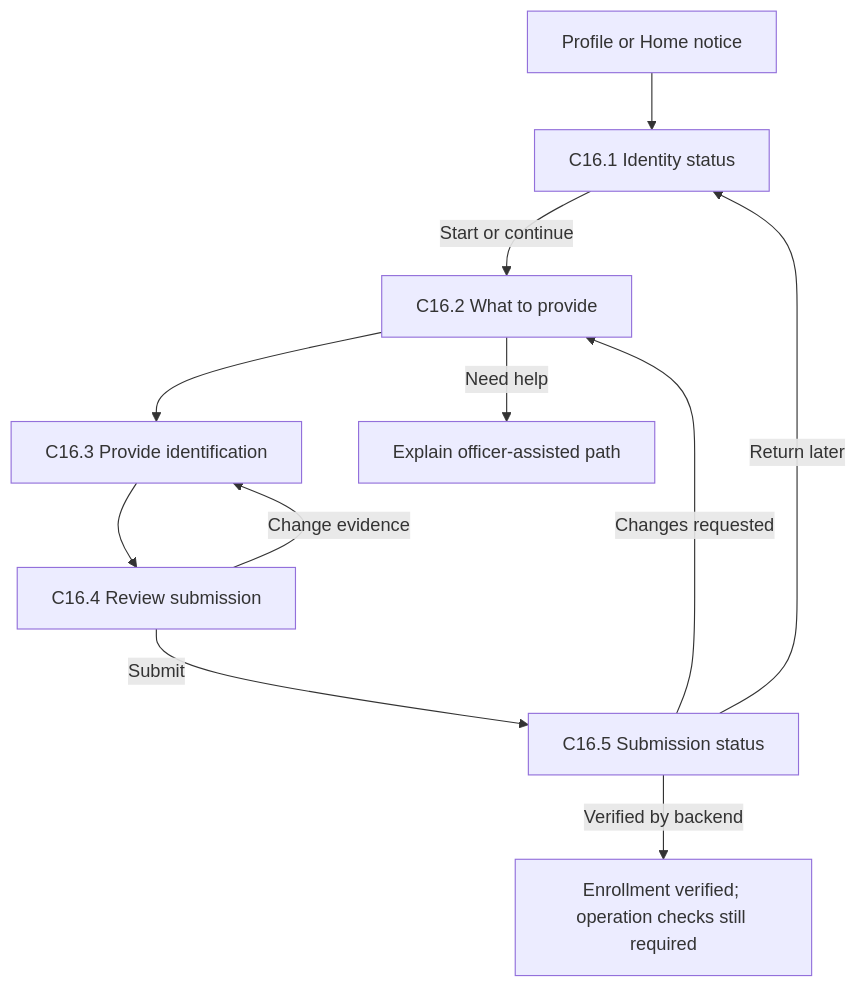
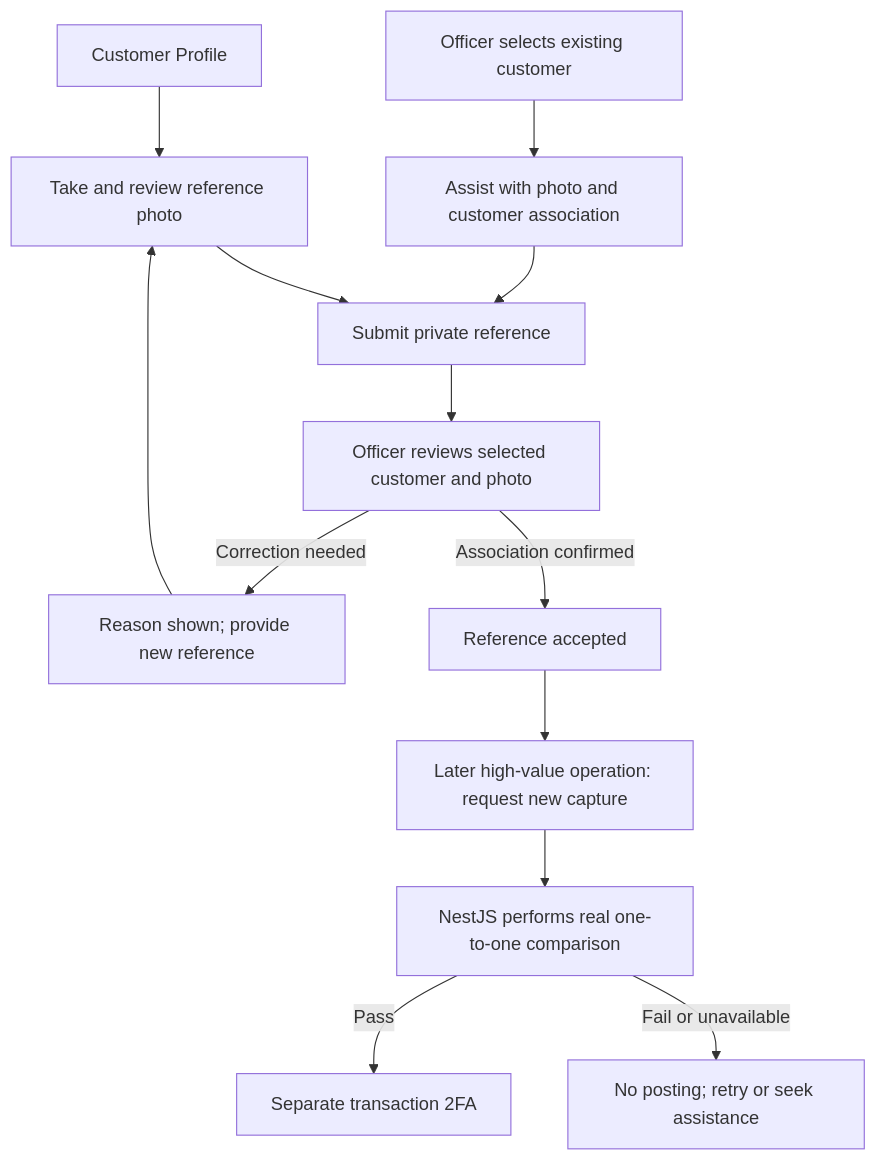
One commit to tamir39/nene changed the first of 2 diagrams in docs/IDENTITY_VERIFICATION.md. Above: the diagram before and after it, drawn with Mermaid. The commit also changed other lines of this file and 7 other files, not shown here.

Commit message:
docs: simplify identity enrollment and defer provider selection

````diff
--- a/docs/IDENTITY_VERIFICATION.md
+++ b/docs/IDENTITY_VERIFICATION.md
@@ -38,13 +28,15 @@
 ```mermaid
 flowchart TD
-    Profile[Profile or Home notice] --> Status[C16.1 Identity status]
-    Status -->|Start or continue| Intro[C16.2 What to provide]
-    Intro --> Capture[C16.3 Provide identification]
-    Capture --> Review[C16.4 Review submission]
-    Review -->|Change evidence| Capture
-    Review -->|Submit| Result[C16.5 Submission status]
-    Result -->|Changes requested| Intro
-    Result -->|Return later| Status
-    Intro -->|Need help| Help[Explain officer-assisted path]
-    Result -->|Verified by backend| Done[Enrollment verified; operation checks still required]
+    Profile[Customer Profile] --> Photo[Take and review reference photo]
+    Customer[Officer selects existing customer] --> Assist[Assist with photo and customer association]
+    Assist --> Submit[Submit private reference]
+    Photo --> Submit
+    Submit --> Review[Officer reviews selected customer and photo]
+    Review -->|Correction needed| Retry[Reason shown; provide new reference]
+    Retry --> Photo
+    Review -->|Association confirmed| Accepted[Reference accepted]
+    Accepted --> High[Later high-value operation: request new capture]
+    High --> Match[NestJS performs real one-to-one comparison]
+    Match -->|Pass| Factor[Separate transaction 2FA]
+    Match -->|Fail or unavailable| Stop[No posting; retry or seek assistance]
 ```
````
